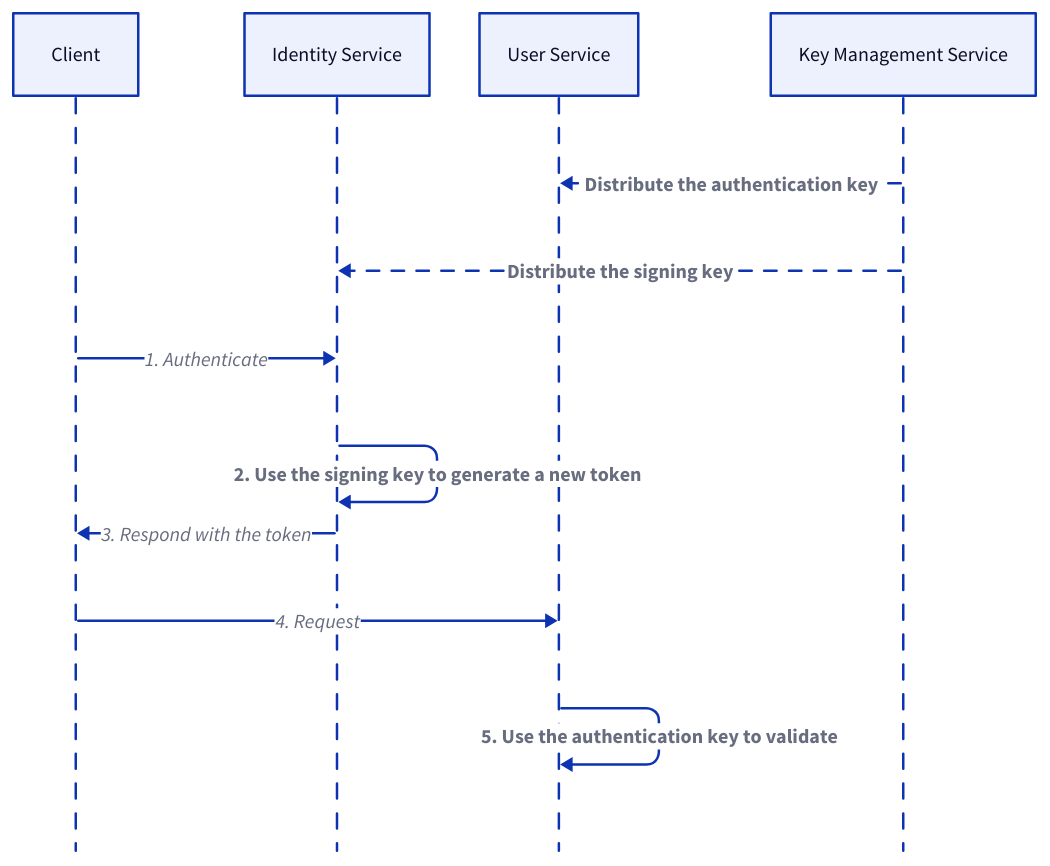
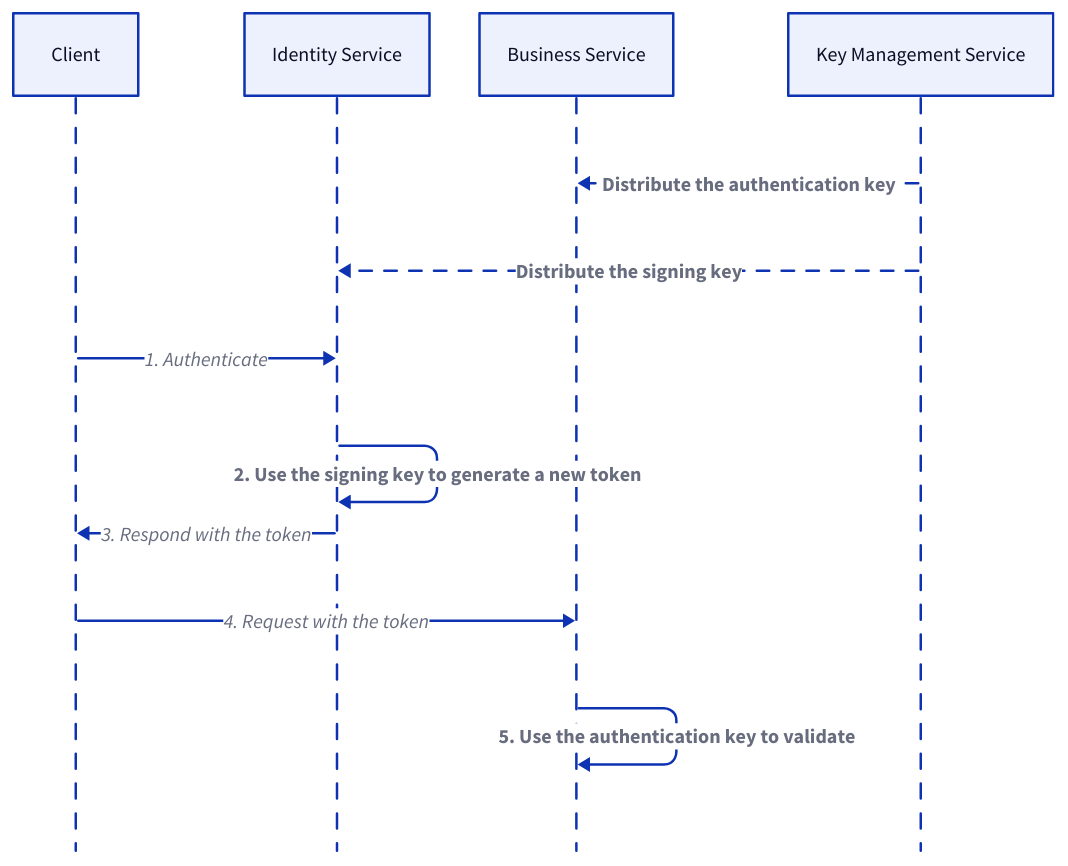
Before and after one commit to link1905/system-design-101: the fifth of 26 diagrams in content/docs/system-administration/system-protection/iam.md, drawn with D2. The commit also changed other lines of this file and 21 other files, not shown here.

````diff
--- a/content/docs/system-administration/system-protection/iam.md
+++ b/content/docs/system-administration/system-protection/iam.md
@@ -231,33 +237,33 @@
 ```d2
 shape: sequence_diagram
 c: Client {
     class: client
 }
 a: Identity Service {
     class: server
 }
-o: User Service {
+o: Business Service {
     class: server
 }
 k: Key Management Service {
-    class: kms
+    class: pub-key
 }
 
 k -> o: Distribute the authentication key {
     style.animated: true
     style.bold: true
 }
 k -> a: Distribute the signing key {
     style.animated: true
     style.bold: true
 }
 c -> a: 1. Authenticate
 a -> a: 2. Use the signing key to generate a new token {
     style.bold: true
 }
 a -> c: 3. Respond with the token
-c -> o: 4. Request
+c -> o: 4. Request with the token
 o -> o: 5. Use the authentication key to validate {
     style.bold: true
 }
 ```
````
